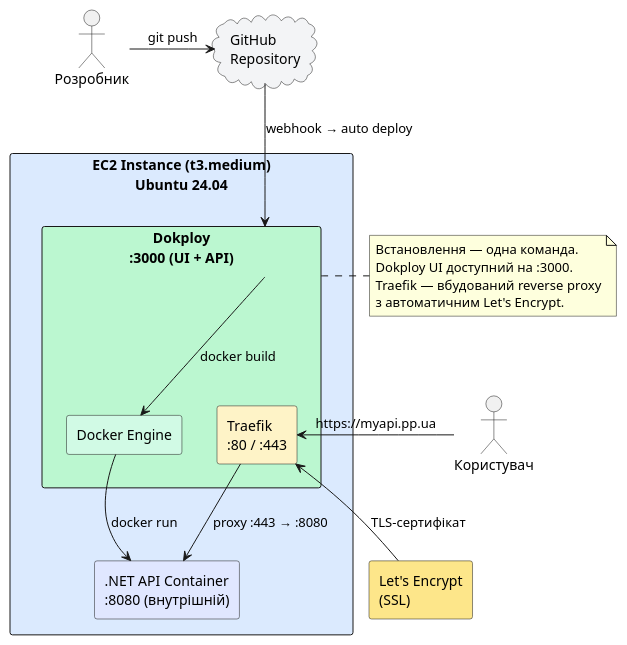
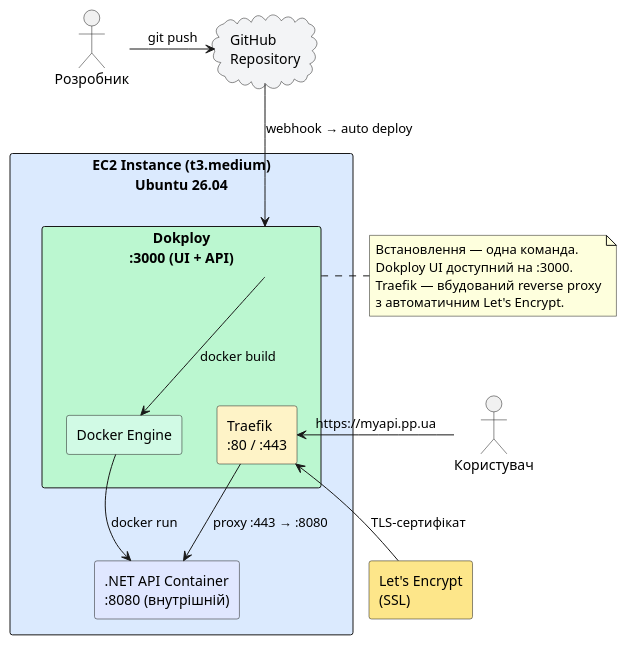
Before and after one commit to UTUBMIR/kostyl.dev: diagram 13 of 13 in content/13.aws/04.ec2.md, drawn with PlantUML. The commit also changed other lines of this file, not shown here.

Commit message:
docs: update EC2 guide for .NET 10 and Ubuntu 26.04 compatibility

````diff
--- a/content/13.aws/04.ec2.md
+++ b/content/13.aws/04.ec2.md
@@ -2110,35 +2234,35 @@
 ```plantuml
 @startuml
 skinparam style plain
 skinparam backgroundColor #ffffff
 
 actor "Розробник" as DEV
 
-rectangle "EC2 Instance (t3.medium)\nUbuntu 24.04" as EC2 #dbeafe {
+rectangle "EC2 Instance (t3.medium)\nUbuntu 26.04" as EC2 #dbeafe {
     rectangle "Dokploy\n:3000 (UI + API)" as DOKPLOY #bbf7d0 {
         rectangle "Docker Engine" as DOCKER #d1fae5
         rectangle "Traefik\n:80 / :443" as TRAEFIK #fef3c7
     }
     rectangle ".NET API Container\n:8080 (внутрішній)" as APP #e0e7ff
 }
 
 cloud "GitHub\nRepository" as GH #f3f4f6
 rectangle "Let's Encrypt\n(SSL)" as LE #fde68a
 actor "Користувач" as USER
 
 DEV -right-> GH : git push
 GH -down-> DOKPLOY : webhook → auto deploy
 DOKPLOY -down-> DOCKER : docker build
 DOCKER -right-> APP : docker run
 TRAEFIK -down-> APP : proxy :443 → :8080
 LE -up-> TRAEFIK : TLS-сертифікат
 USER -right-> TRAEFIK : https://myapi.pp.ua
 
 note right of DOKPLOY
   Встановлення — одна команда.
   Dokploy UI доступний на :3000.
   Traefik — вбудований reverse proxy
   з автоматичним Let's Encrypt.
 end note
 @enduml
 ```
````
